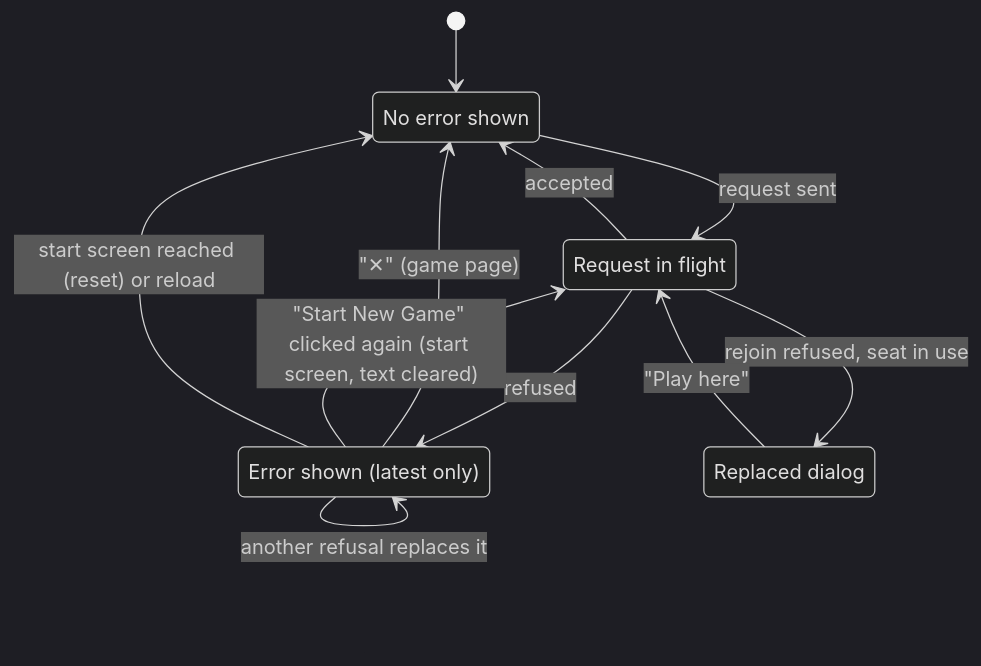
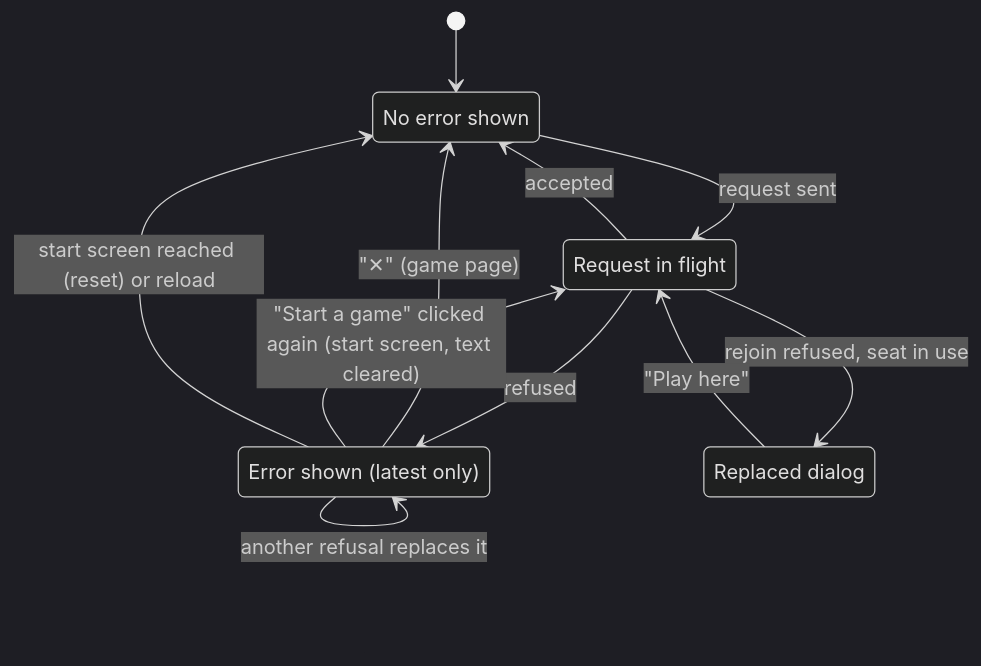
One commit to howard36/3d-chess changed the diagram in product-description/cross-cutting/error-messages.md. Above: the diagram before and after it, drawn with Mermaid (dark theme). The commit also changed other lines of this file and 10 other files, not shown here.

````diff
--- a/product-description/cross-cutting/error-messages.md
+++ b/product-description/cross-cutting/error-messages.md
@@ -33,17 +33,17 @@
 ```mermaid
 stateDiagram-v2
     state "No error shown" as clear
     state "Request in flight" as flight
     state "Error shown (latest only)" as shown
     state "Replaced dialog" as replaced
     [*] --> clear
     clear --> flight : request sent
     flight --> clear : accepted
     flight --> shown : refused
     flight --> replaced : rejoin refused, seat in use
     shown --> clear : "✕" (game page)
-    shown --> flight : "Start New Game" clicked again (start screen, text cleared)
+    shown --> flight : "Start a game" clicked again (start screen, text cleared)
     shown --> shown : another refusal replaces it
     shown --> clear : start screen reached (reset) or reload
     replaced --> flight : "Play here"
 ```
````
